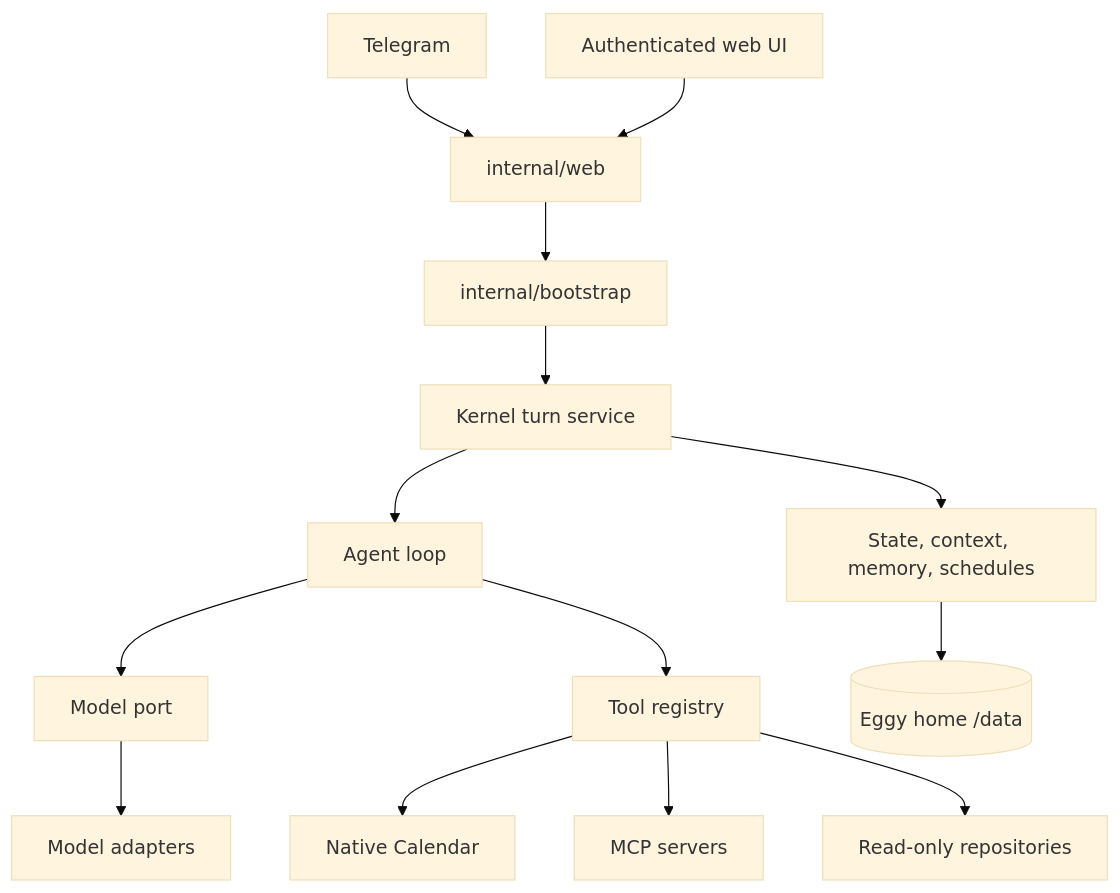
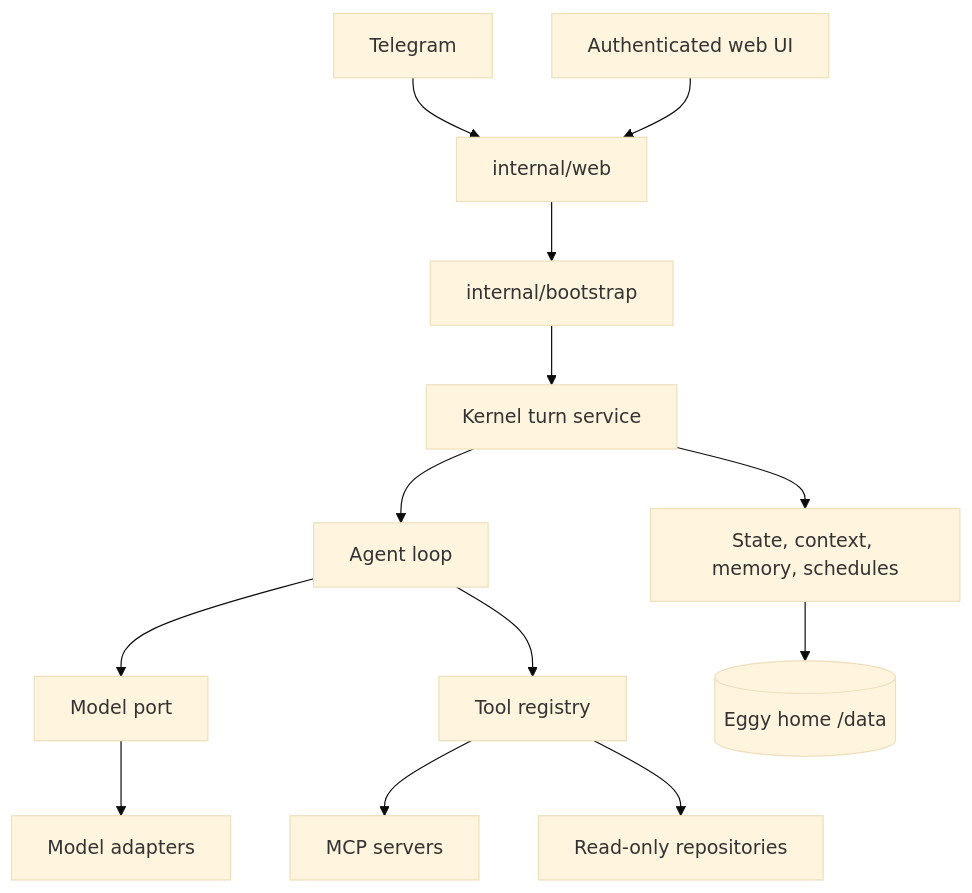
Before and after one commit to nigelteosw/eggy: the diagram in docs/src/content/docs/project/architecture.md, drawn with Mermaid (base theme). The commit also changed other lines of this file and 42 other files, not shown here.

````diff
--- a/docs/src/content/docs/project/architecture.md
+++ b/docs/src/content/docs/project/architecture.md
@@ -11,16 +11,15 @@
 ```mermaid
 flowchart TB
   Telegram[Telegram] --> Web[internal/web]
   Browser[Authenticated web UI] --> Web
   Web --> Bootstrap[internal/bootstrap]
   Bootstrap --> Turns[Kernel turn service]
   Turns --> Loop[Agent loop]
   Loop --> Model[Model port]
   Loop --> Tools[Tool registry]
-  Tools --> Calendar[Native Calendar]
   Tools --> MCP[MCP servers]
   Tools --> Repos[Read-only repositories]
   Turns --> Stores[State, context, memory, schedules]
   Model --> Providers[Model adapters]
   Stores --> Data[(Eggy home /data)]
 ```
````
